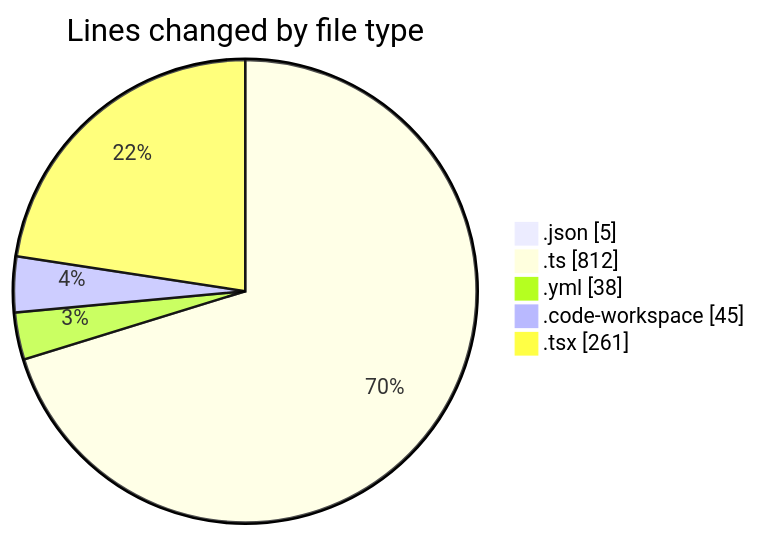
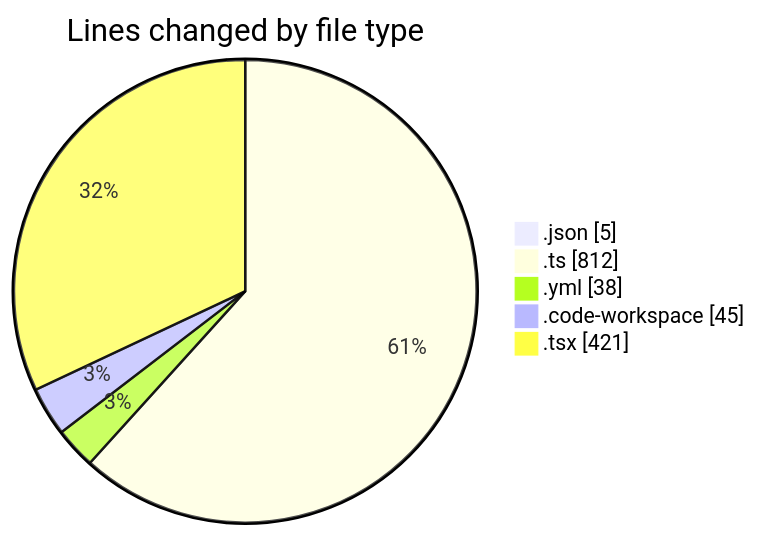
The first of 2 diagrams in 2025-11-25/eventscop-frontend-guide__workspace_/README.md (julien-gomy/code-tracking), drawn with Mermaid before and after one commit. The commit also changed other lines of this file and 1 other file, not shown here.

````diff
--- a/2025-11-25/eventscop-frontend-guide__workspace_/README.md
+++ b/2025-11-25/eventscop-frontend-guide__workspace_/README.md
@@ -25,9 +26,9 @@
 ```mermaid
 pie showData
 title Lines changed by file type
 ".json" : 5
 ".ts" : 812
 ".yml" : 38
 ".code-workspace" : 45
-".tsx" : 261
+".tsx" : 421
 ```
````
